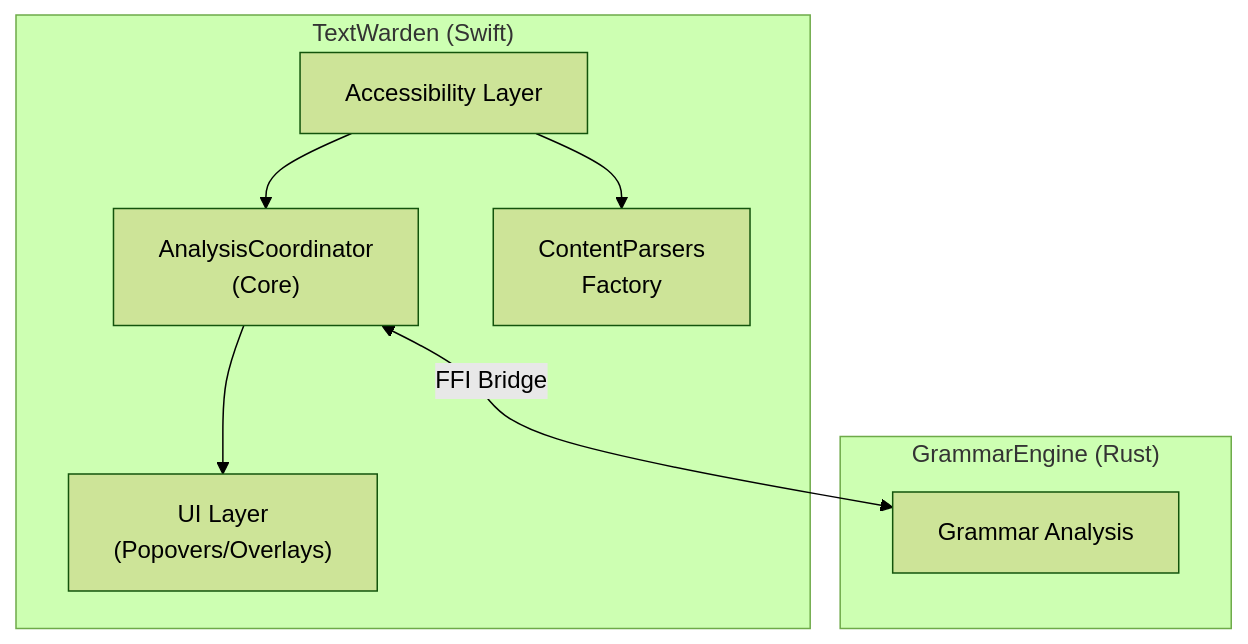
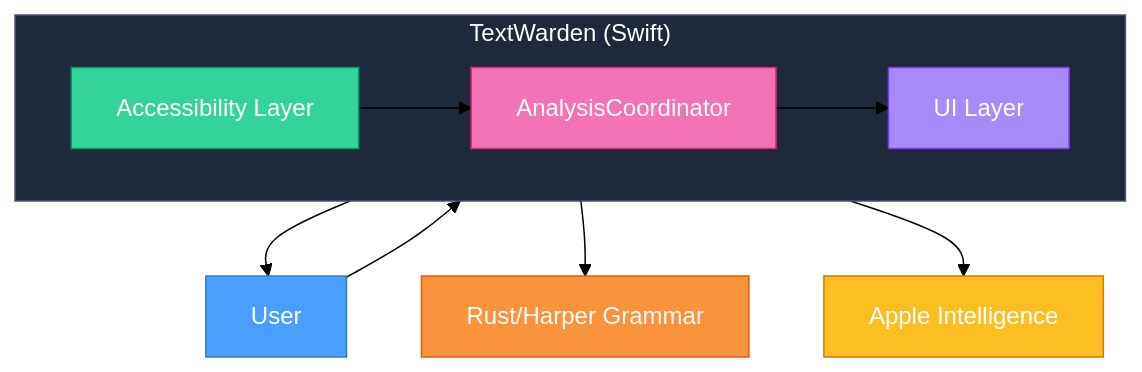
Before and after one commit to PhilipSchmid/textwarden: the first of 4 diagrams in ARCHITECTURE.md, drawn with Mermaid (forest theme). The commit also changed other lines of this file, not shown here.

First line of the commit message:
Update architecture documentation

````diff
--- a/ARCHITECTURE.md
+++ b/ARCHITECTURE.md
@@ -9,19 +9,25 @@
 ```mermaid
 flowchart TB
+    User["User"]
+
     subgraph Swift["TextWarden (Swift)"]
-        AX["Accessibility Layer"]
-        AC["AnalysisCoordinator<br/>(Core)"]
-        UI["UI Layer<br/>(Popovers/Overlays)"]
-        CP["ContentParsers<br/>Factory"]
-
-        AX --> AC
-        AC --> UI
-        AX --> CP
+        direction LR
+        AX["Accessibility Layer"] --> AC["AnalysisCoordinator"] --> UI["UI Layer"]
     end
 
-    subgraph Rust["GrammarEngine (Rust)"]
-        GE["Grammar Analysis"]
-    end
+    GE["Rust/Harper Grammar"]
+    AI["Apple Intelligence"]
 
-    AC <-->|"FFI Bridge"| GE
+    User --> AX
+    UI --> User
+    AC --> GE
+    AC --> AI
+
+    style User fill:#4a9eff,stroke:#2d7dd2,color:#fff
+    style AX fill:#34d399,stroke:#059669,color:#fff
+    style AC fill:#f472b6,stroke:#db2777,color:#fff
+    style UI fill:#a78bfa,stroke:#7c3aed,color:#fff
+    style GE fill:#fb923c,stroke:#ea580c,color:#fff
+    style AI fill:#fbbf24,stroke:#d97706,color:#fff
+    style Swift fill:#1e293b,stroke:#475569,color:#fff
 ```
````
